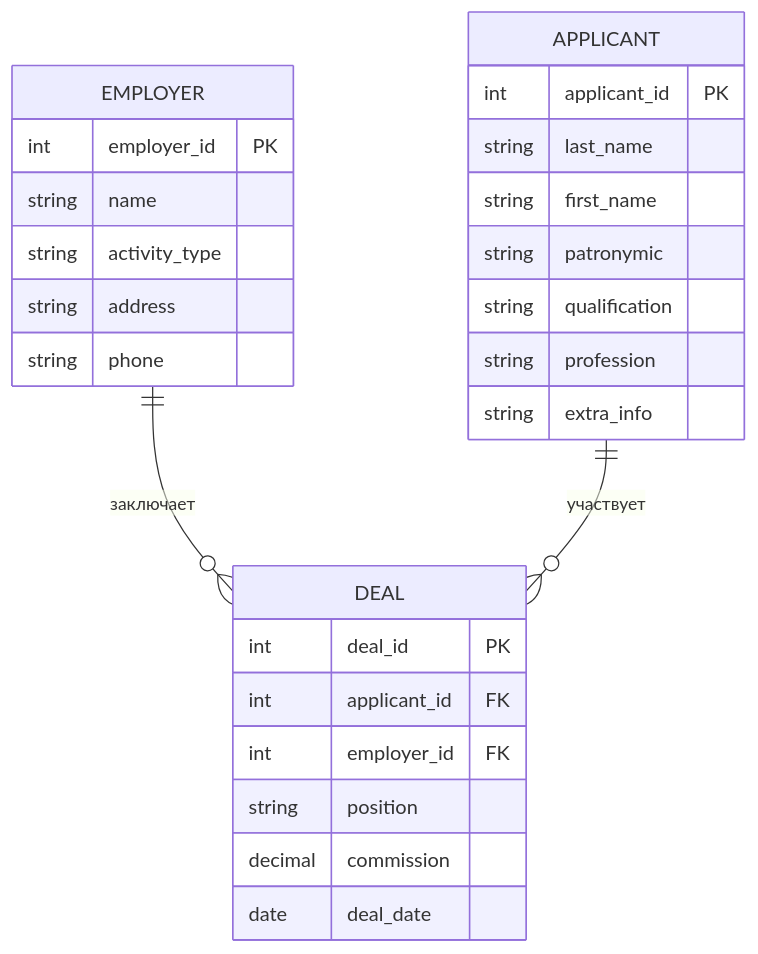
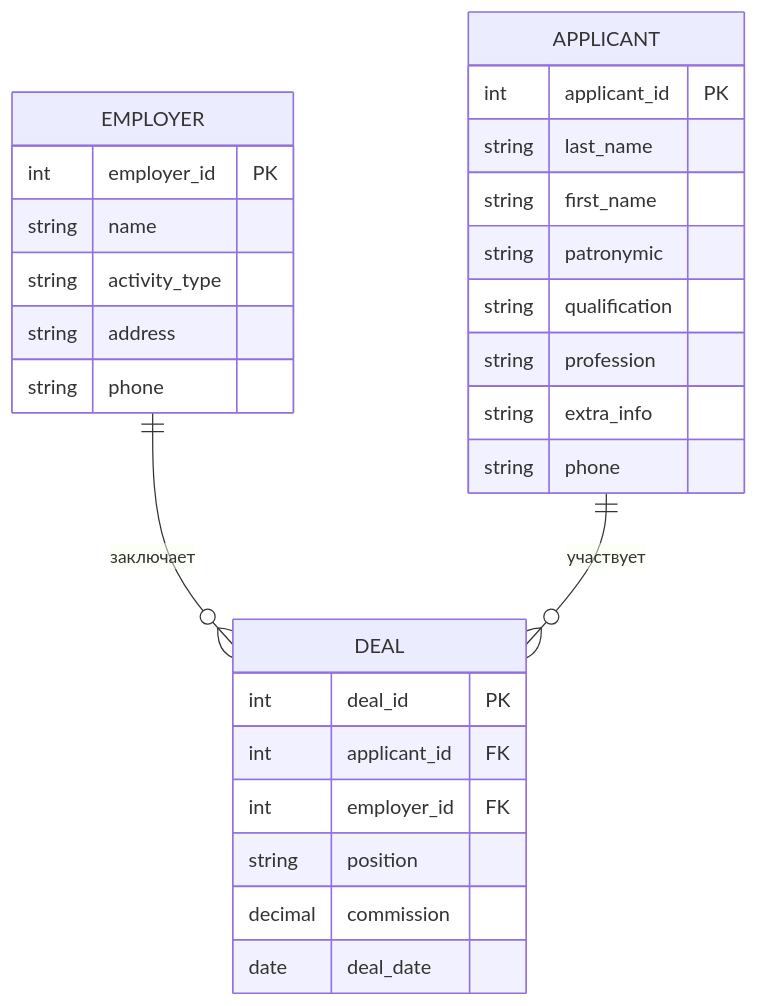
Before and after one commit to 0pt1m1St/krutoy: the diagram in er model laba1.md, drawn with Mermaid. The commit also changed other lines of this file, not shown here.

Commit message:
Update er model laba1.md

````diff
--- a/er model laba1.md
+++ b/er model laba1.md
@@ -7,29 +7,30 @@
 ```mermaid
 erDiagram
     EMPLOYER {
         int employer_id PK
         string name
         string activity_type
         string address
         string phone
     }
     APPLICANT {
         int applicant_id PK
         string last_name
         string first_name
         string patronymic
         string qualification
         string profession
         string extra_info
+        string phone
     }
     DEAL {
         int deal_id PK
         int applicant_id FK
         int employer_id FK
         string position
         decimal commission
         date deal_date
     }
     EMPLOYER ||--o{ DEAL : "заключает"
     APPLICANT ||--o{ DEAL : "участвует"
 ```
````
